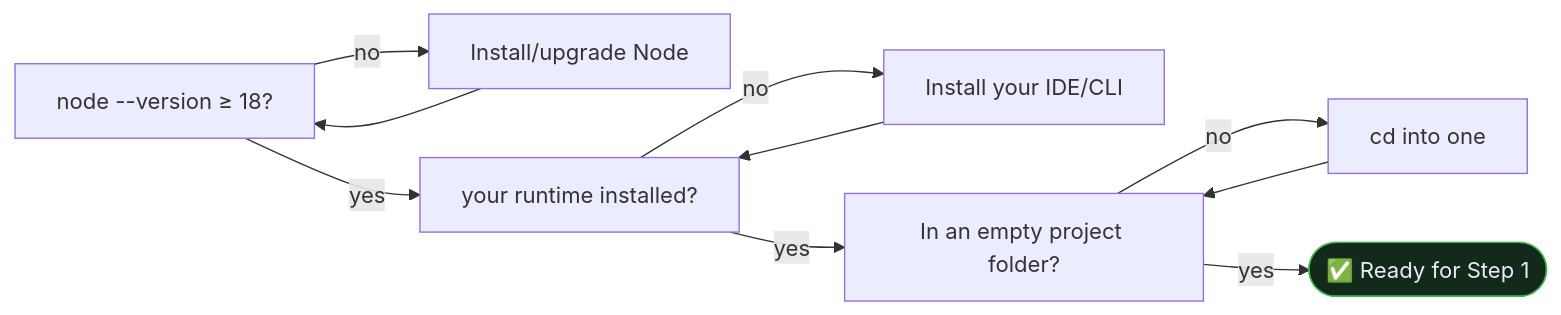
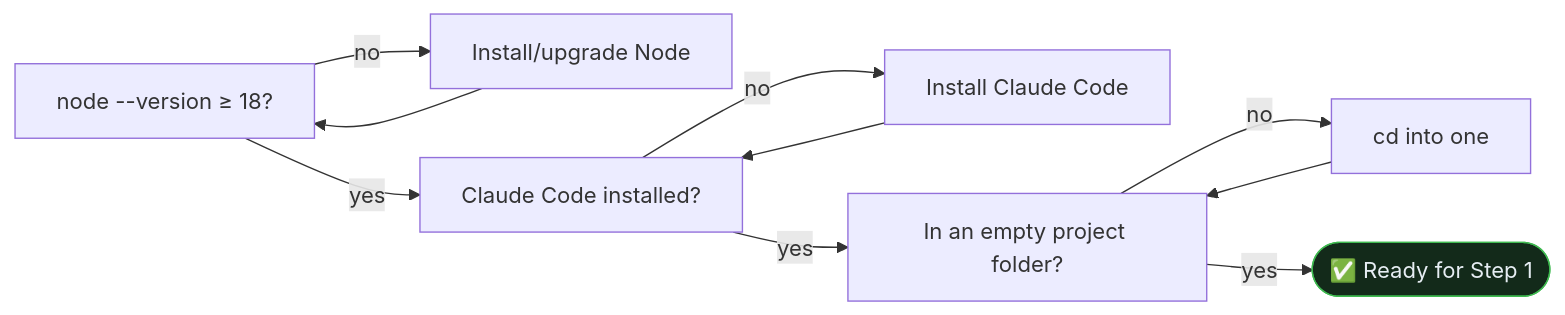
Before and after one commit to GSD-redux/get-shit-done-redux: the third of 6 diagrams in docs/tutorials/your-first-project.md, drawn with Mermaid. The commit also changed other lines of this file, not shown here.

First line of the commit message:
docs(#2534): scope tutorial back to single-runtime (Claude Code)

````diff
--- a/docs/tutorials/your-first-project.md
+++ b/docs/tutorials/your-first-project.md
@@ -169,11 +136,11 @@
 ```mermaid
 flowchart LR
     A[node --version ≥ 18?] -->|no| A1[Install/upgrade Node] --> A
-    A -->|yes| B[your runtime installed?]
-    B -->|no| B1[Install your IDE/CLI] --> B
+    A -->|yes| B[Claude Code installed?]
+    B -->|no| B1[Install Claude Code] --> B
     B -->|yes| C[In an empty project folder?]
     C -->|no| C1[cd into one] --> C
     C -->|yes| R([✅ Ready for Step 1])
     classDef ok fill:#132a1a,stroke:#3fb950,color:#e6edf3;
     class R ok;
 ```
````
